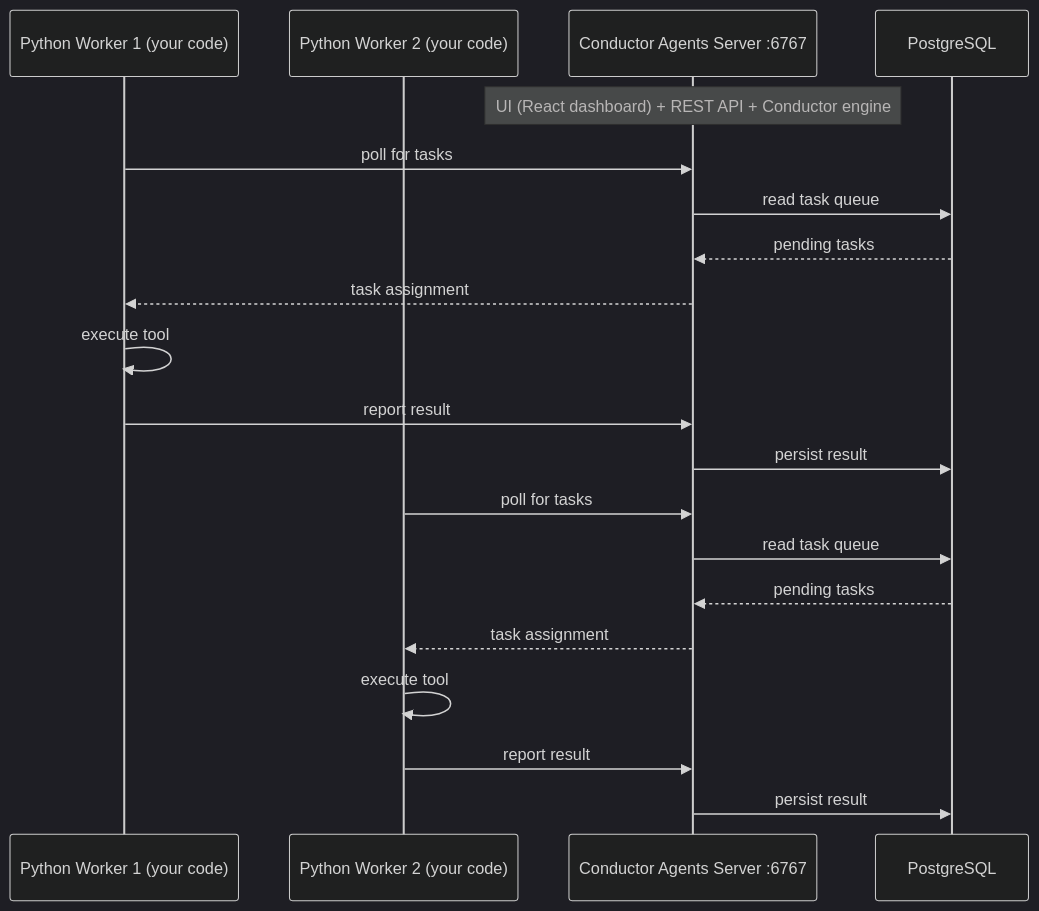
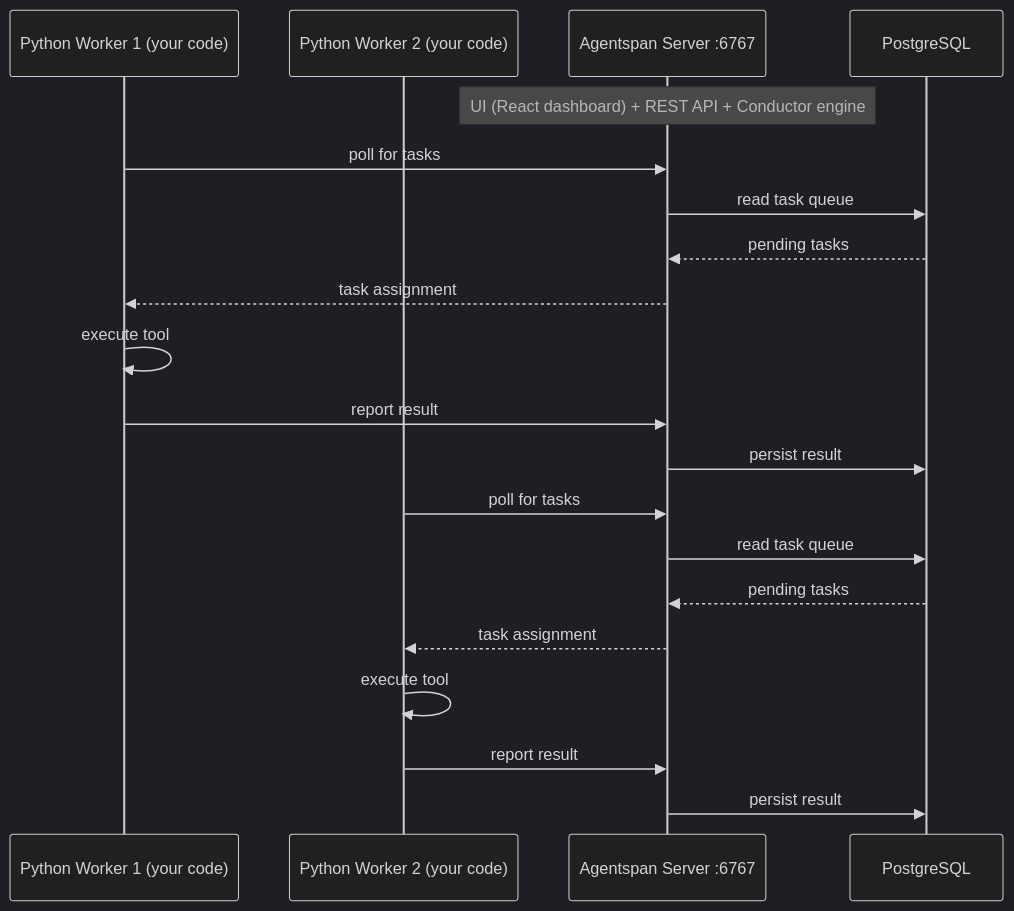
The diagram in docs/self-hosting.md (agentspan-ai/agentspan), drawn with Mermaid (dark theme) before and after one commit. The commit also changed other lines of this file and 87 other files, not shown here.

First line of the commit message:
docs: rebrand to "Agentspan — durable agent runtime, built for Conductor"

````diff
--- a/docs/self-hosting.md
+++ b/docs/self-hosting.md
@@ -12,22 +12,22 @@
 ```mermaid
 sequenceDiagram
     participant W1 as Python Worker 1 (your code)
     participant W2 as Python Worker 2 (your code)
-    participant S as Conductor Agents Server :6767
+    participant S as Agentspan Server :6767
     participant DB as PostgreSQL
     Note over S: UI (React dashboard) + REST API + Conductor engine
     W1->>S: poll for tasks
     S->>DB: read task queue
     DB-->>S: pending tasks
     S-->>W1: task assignment
     W1->>W1: execute tool
     W1->>S: report result
     S->>DB: persist result
     W2->>S: poll for tasks
     S->>DB: read task queue
     DB-->>S: pending tasks
     S-->>W2: task assignment
     W2->>W2: execute tool
     W2->>S: report result
     S->>DB: persist result
 ```
````
